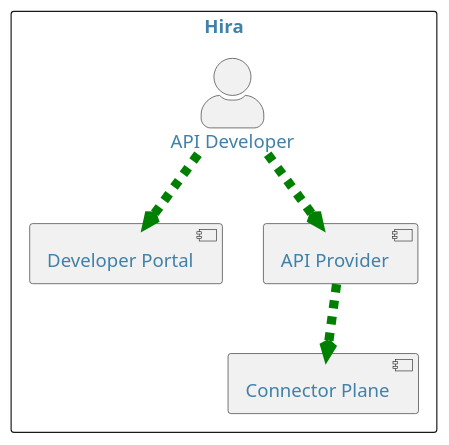
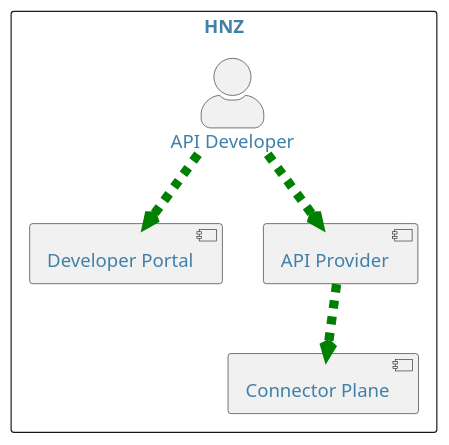
Before and after one commit to tewhatuora/api-standards: the second of 5 diagrams in docs/api-concepts/ComponentDefinitions.md, drawn with PlantUML. The commit also changed 5 other files, not shown here.

````diff
--- a/docs/api-concepts/ComponentDefinitions.md
+++ b/docs/api-concepts/ComponentDefinitions.md
@@ -88,25 +88,25 @@
-```plantuml alt="Diagram showing API Developer interactions within HIRA"
+```plantuml alt="Diagram showing API Developer interactions within HNZ"
 @startuml
 
 skinparam {
     defaultFontColor #4080a9
     defaultBackgroundColor #d7f8ff
     defaultComponentColour #61d9de
     defaultActorColour #61d9de
     defaultFontSize 16
     defaultArrowThickness 6
     actorStyle awesome
     linetype polyline
 }
 
-rectangle Hira {
+rectangle HNZ {
     component "Developer Portal" as DP
     component "Connector Plane" as CP
     component "API Provider"  as HAP
     actor "API Developer" as APID
     APID .[#green,dashed,thickness=8].> DP
     APID .[#green,dashed,thickness=8].> HAP
     HAP .[#green,dashed,thickness=8].> CP
 }
 @enduml
 ```
````
